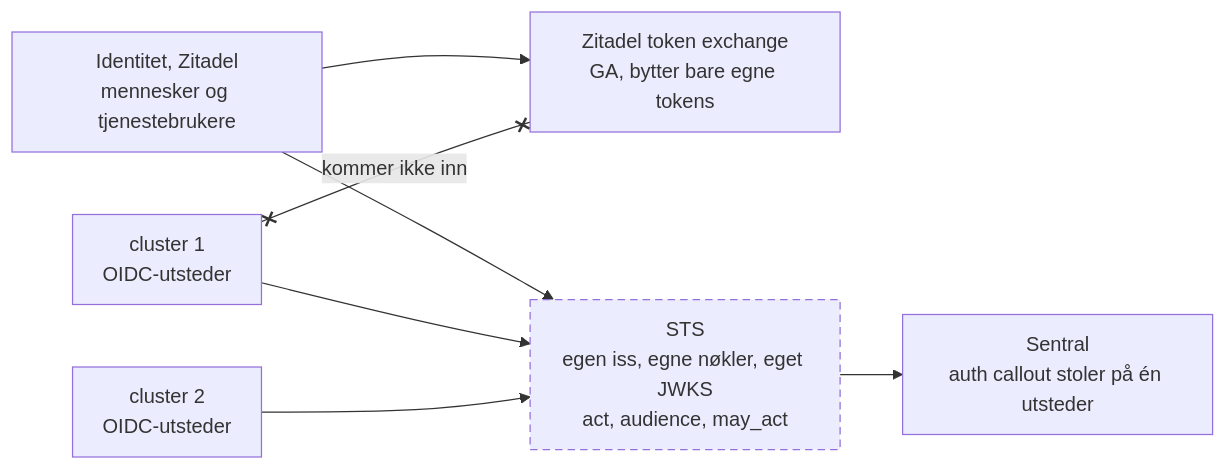
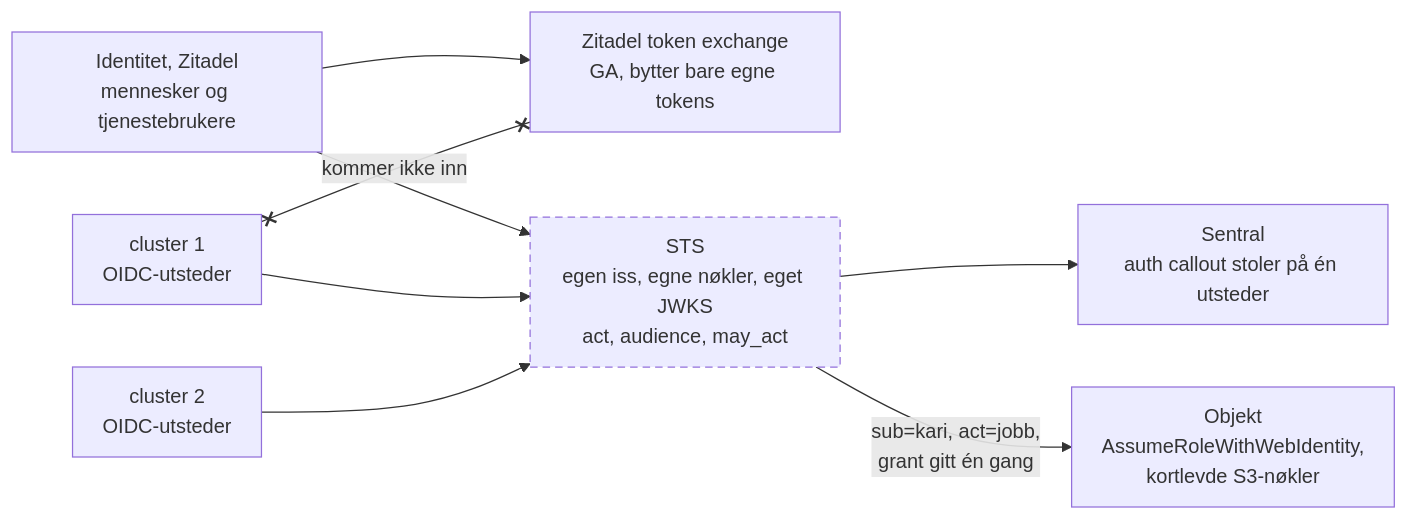
One commit to dataverket-org/org changed the seventh of 7 diagrams in docs/arrangement/2026-10-14-containerkonferansen/foredrag.md. Above: the diagram before and after it, drawn with Mermaid. The commit also changed other lines of this file and 9 other files, not shown here.

````diff
--- a/docs/arrangement/2026-10-14-containerkonferansen/foredrag.md
+++ b/docs/arrangement/2026-10-14-containerkonferansen/foredrag.md
@@ -291,17 +418,19 @@
 ```mermaid
 %%{init: {"handDrawnSeed": 1, "fontFamily": "Helvetica, Arial, sans-serif", "flowchart": {"htmlLabels": true, "padding": 12}}}%%
 flowchart LR
   Z["Identitet, Zitadel<br/>mennesker og tjenestebrukere"]
   K1["cluster 1<br/>OIDC-utsteder"]
   K2["cluster 2<br/>OIDC-utsteder"]
   ZX["Zitadel token exchange<br/>GA, bytter bare egne tokens"]
   STS["STS<br/>egen iss, egne nøkler, eget JWKS<br/>act, audience, may_act"]
   S["Sentral<br/>auth callout stoler på én utsteder"]
+  O["Objekt<br/>AssumeRoleWithWebIdentity,<br/>kortlevde S3-nøkler"]
   Z --> ZX
   K1 x-- "kommer ikke inn" --x ZX
   Z --> STS
   K1 --> STS
   K2 --> STS
   STS --> S
+  STS -- "sub=kari, act=jobb,<br/>grant gitt én gang" --> O
   style STS stroke-dasharray: 6 4
 ```
````
